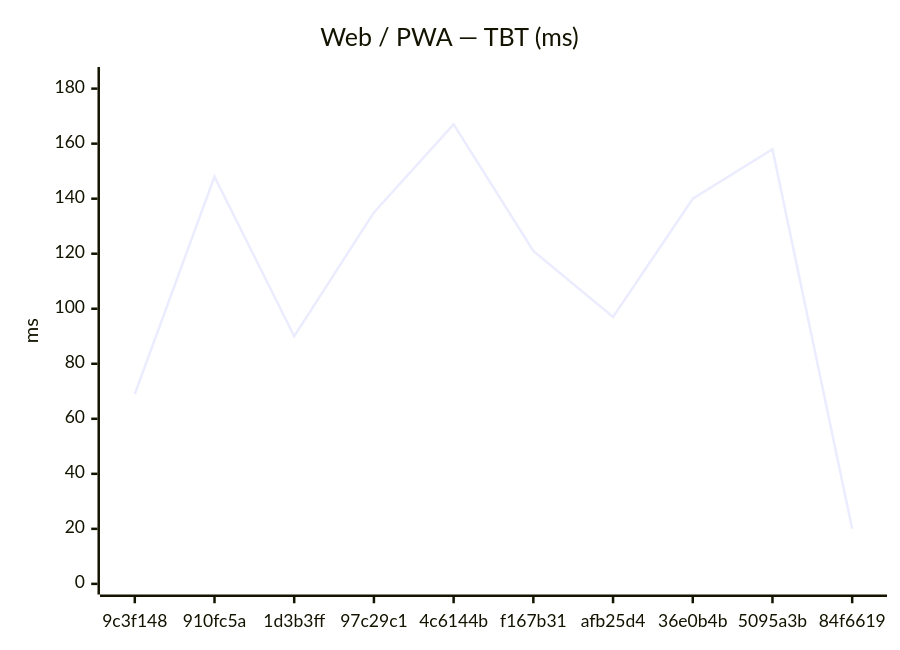
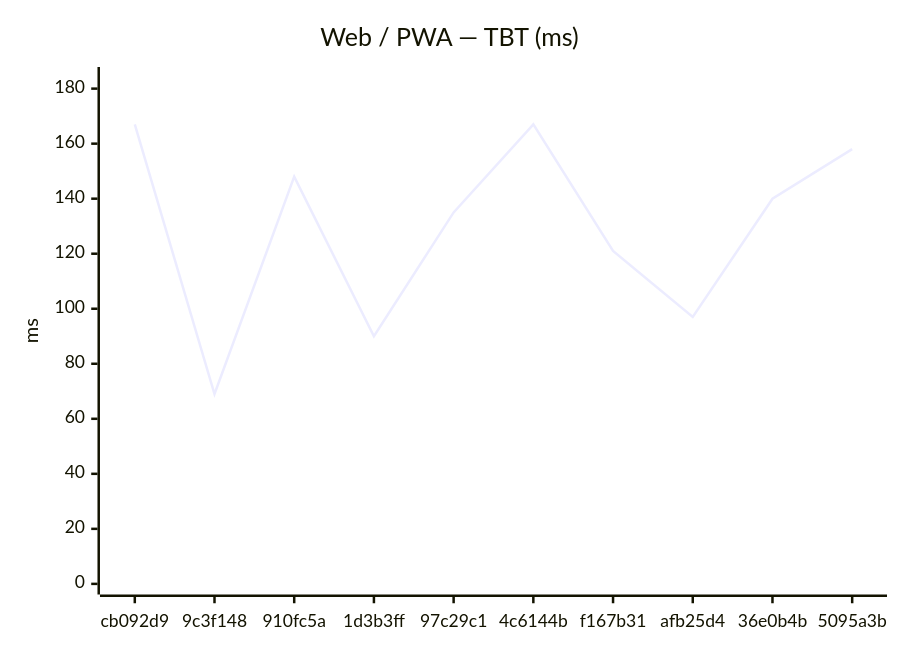
Before and after one commit to Metaheurist/Rianell: the second of 18 diagrams in benchmarks/compare.md, drawn with Mermaid. The commit also changed other lines of this file and 11 other files, not shown here.

````diff
--- a/benchmarks/compare.md
+++ b/benchmarks/compare.md
@@ -31,7 +31,7 @@
 ```mermaid
 xychart-beta
     title "Web / PWA — TBT (ms)"
-    x-axis ["9c3f148", "910fc5a", "1d3b3ff", "97c29c1", "4c6144b", "f167b31", "afb25d4", "36e0b4b", "5095a3b", "84f6619"]
+    x-axis ["cb092d9", "9c3f148", "910fc5a", "1d3b3ff", "97c29c1", "4c6144b", "f167b31", "afb25d4", "36e0b4b", "5095a3b"]
     y-axis "ms" 0 --> 184
-    line [69, 148, 90, 135, 167, 121, 97, 140, 158, 20]
+    line [167, 69, 148, 90, 135, 167, 121, 97, 140, 158]
 ```
````
